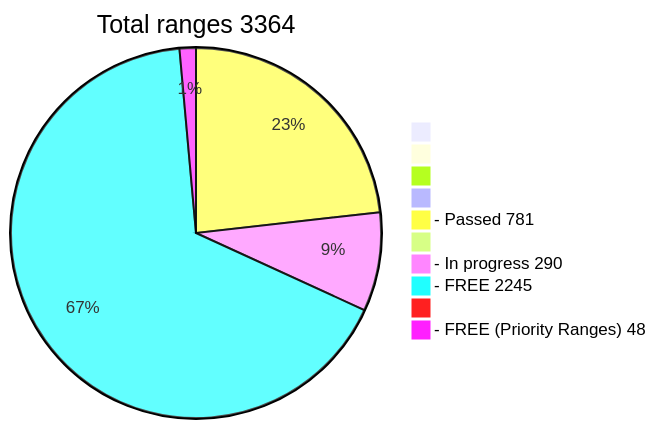
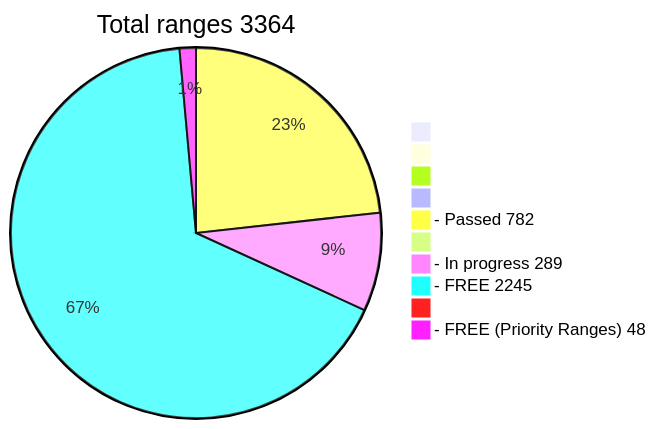
The diagram in README.md (phrutis/wif500), drawn with Mermaid before and after one commit.

````diff
--- a/README.md
+++ b/README.md
@@ -16,13 +16,13 @@
 ```mermaid
 pie title Total ranges 3364
              " " : 0
             "  " : 0
            "   " : 0
           "    " : 0
-  "- Passed 781" : 781
+  "- Passed 782" : 782
          "     " : 0
-  "- In progress 290" : 290
+  "- In progress 289" : 289
    "- FREE 2245" : 2245
         "      " : 0
   "- FREE (Priority Ranges) 48" : 48
 ```
````
